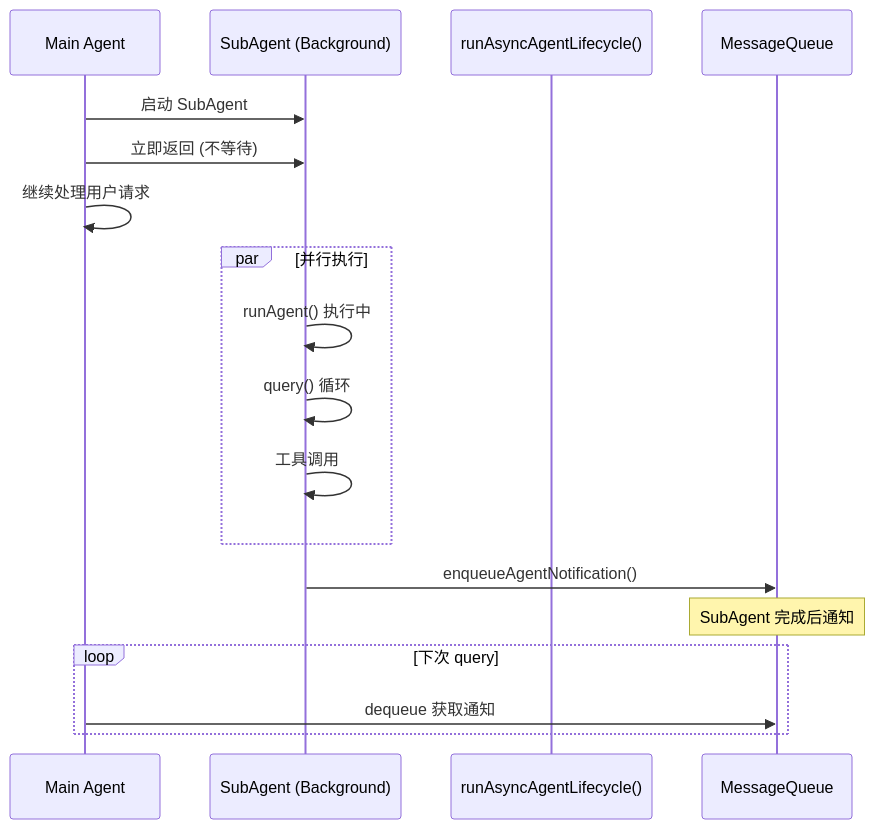
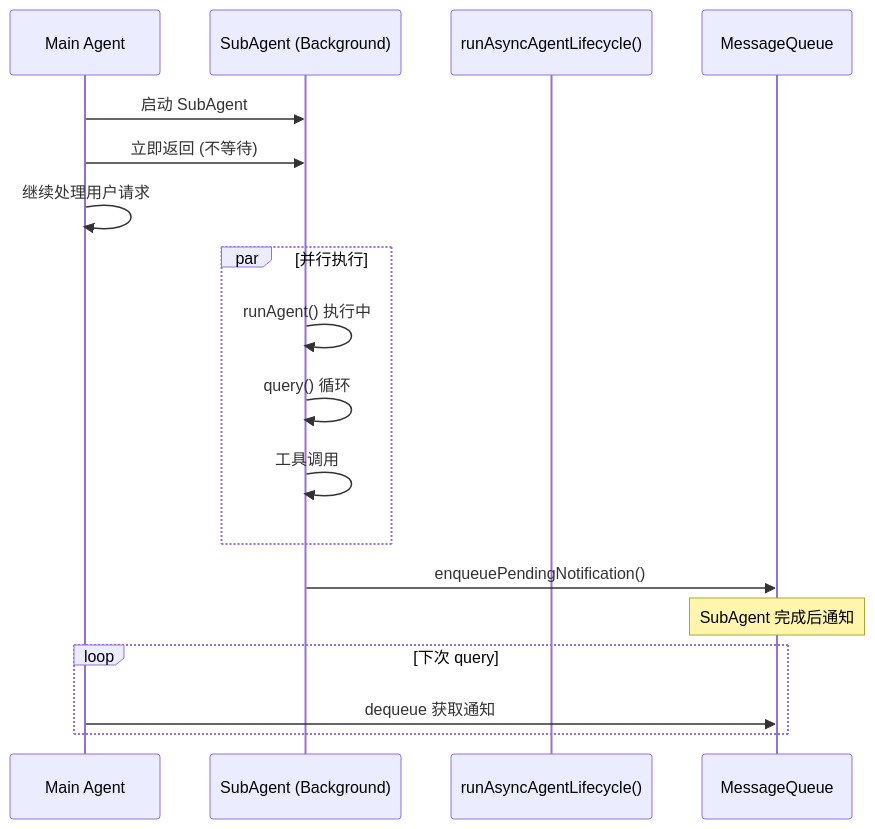
The tenth of 15 diagrams in claude-code/docs/deep/AGENT-SYSTEM.md (platootalp/harness-code), drawn with Mermaid before and after one commit. The commit also changed other lines of this file and 58 other files, not shown here.

````diff
--- a/claude-code/docs/deep/AGENT-SYSTEM.md
+++ b/claude-code/docs/deep/AGENT-SYSTEM.md
@@ -634,24 +634,24 @@
 ```mermaid
 sequenceDiagram
     participant Main as Main Agent
     participant Sub as SubAgent (Background)
     participant Lifecycle as runAsyncAgentLifecycle()
     participant Queue as MessageQueue
 
     Main->>Sub: 启动 SubAgent
     Main->>Sub: 立即返回 (不等待)
     Main->>Main: 继续处理用户请求
 
     par 并行执行
         Sub->>Sub: runAgent() 执行中
         Sub->>Sub: query() 循环
         Sub->>Sub: 工具调用
     end
 
-    Sub->>Queue: enqueueAgentNotification()
+    Sub->>Queue: enqueuePendingNotification()
     Note over Queue: SubAgent 完成后通知
 
     loop 下次 query
         Main->>Queue: dequeue 获取通知
     end
 ```
````
